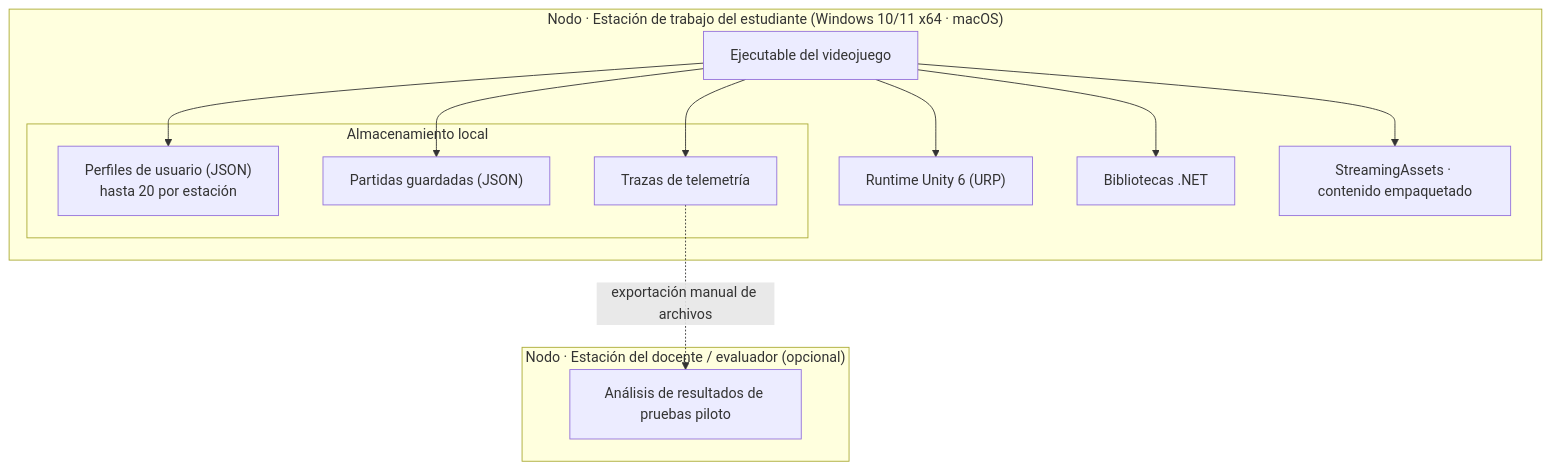
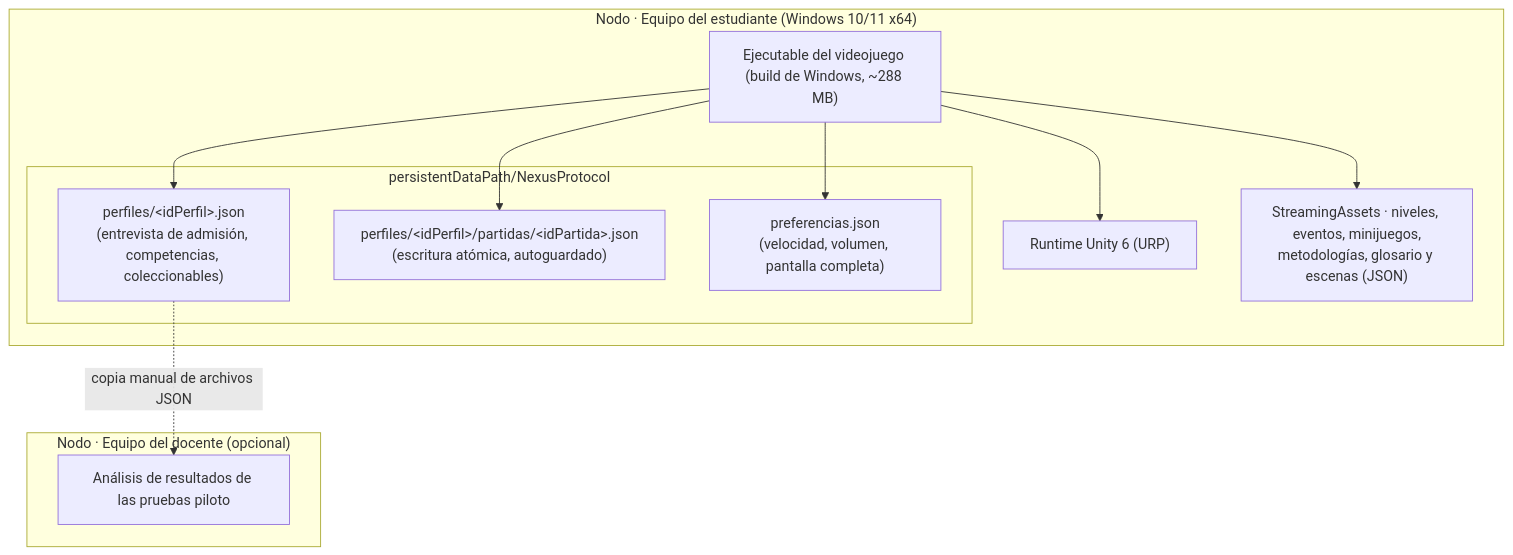
The diagram in docs/02-diseno/diagramas/02-vista-fisica.mmd (alejandropdev/trabajo-de-grado), drawn with Mermaid before and after one commit. The commit also changed 24 other files, not shown here.

Commit message:
feat(Pantallas y docs): Pantallas con reinicio de nivel y opciones, ci.yml modificado para que realice las validaciones actualizadas y versiones iniciales de diagramas

```diff
--- a/docs/02-diseno/diagramas/02-vista-fisica.mmd
+++ b/docs/02-diseno/diagramas/02-vista-fisica.mmd
@@ -1,24 +1,22 @@
 flowchart TB
-    subgraph EST["Nodo · Estación de trabajo del estudiante (Windows 10/11 x64 · macOS)"]
-        EXE["Ejecutable del videojuego"]
+    subgraph EST["Nodo · Equipo del estudiante (Windows 10/11 x64)"]
+        EXE["Ejecutable del videojuego (build de Windows, ~288 MB)"]
         UNITY["Runtime Unity 6 (URP)"]
-        DOTNET["Bibliotecas .NET"]
-        SA["StreamingAssets · contenido empaquetado"]
-        subgraph DISK["Almacenamiento local"]
-            PERF["Perfiles de usuario (JSON)<br/>hasta 20 por estación"]
-            SAVE["Partidas guardadas (JSON)"]
-            TEL["Trazas de telemetría"]
+        SA["StreamingAssets · niveles, eventos, minijuegos,<br/>metodologías, glosario y escenas (JSON)"]
+        subgraph DISK["persistentDataPath/NexusProtocol"]
+            PERF["perfiles/&lt;idPerfil&gt;.json<br/>(entrevista de admisión, competencias, coleccionables)"]
+            SAVE["perfiles/&lt;idPerfil&gt;/partidas/&lt;idPartida&gt;.json<br/>(escritura atómica, autoguardado)"]
+            PREF["preferencias.json<br/>(velocidad, volumen, pantalla completa)"]
         end
     end
 
-    subgraph DOC["Nodo · Estación del docente / evaluador (opcional)"]
-        AN["Análisis de resultados de pruebas piloto"]
+    subgraph DOC["Nodo · Equipo del docente (opcional)"]
+        AN["Análisis de resultados de las pruebas piloto"]
     end
 
     EXE --> UNITY
-    EXE --> DOTNET
     EXE --> SA
     EXE --> PERF
     EXE --> SAVE
-    EXE --> TEL
-    TEL -. "exportación manual de archivos" .-> AN
+    EXE --> PREF
+    PERF -. "copia manual de archivos JSON" .-> AN
```
